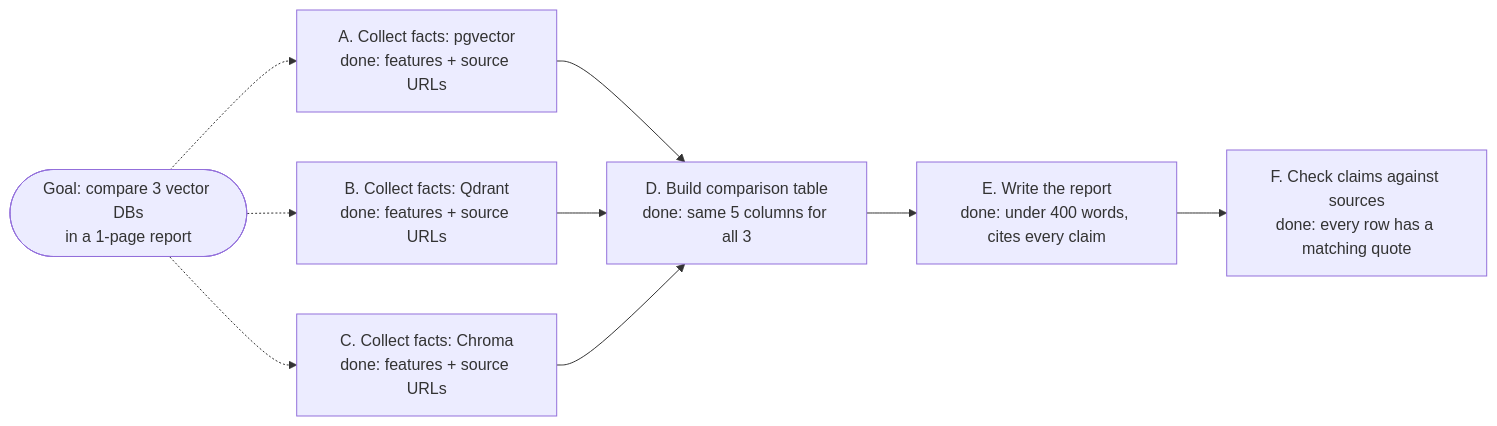
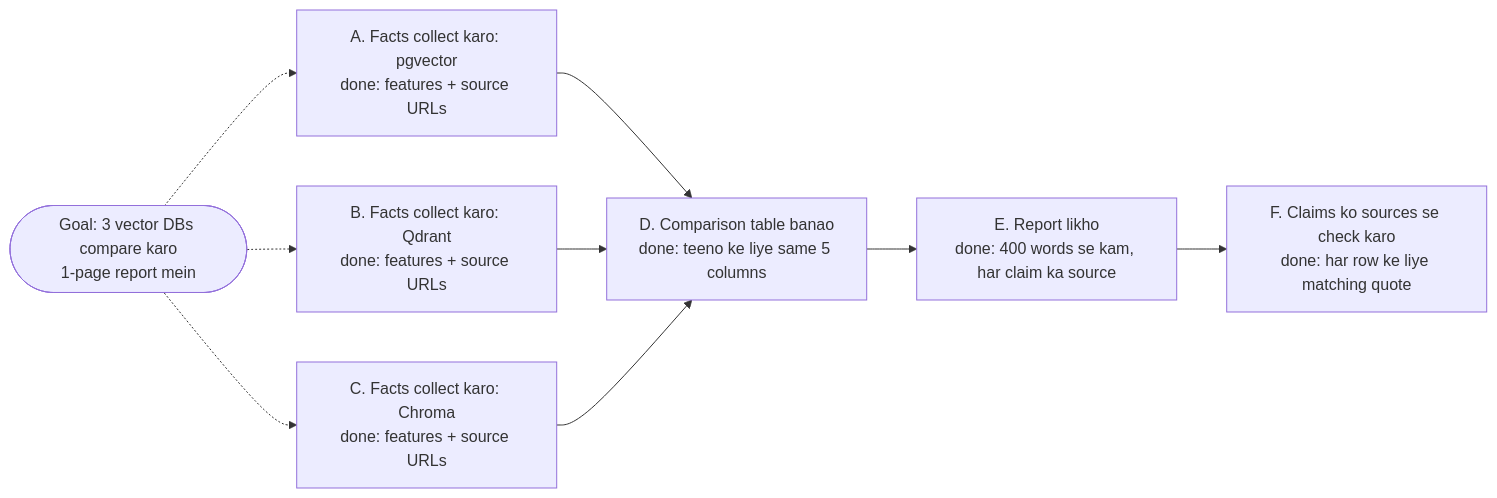
One commit to asmustechno/agentic-ai-notes changed the diagram in docs/07-planning-and-reasoning/07.3-task-decomposition.md. Above: the diagram before and after it, drawn with Mermaid. The commit also changed other lines of this file and 135 other files, not shown here.

````diff
--- a/docs/07-planning-and-reasoning/07.3-task-decomposition.md
+++ b/docs/07-planning-and-reasoning/07.3-task-decomposition.md
@@ -40,10 +42,10 @@
 ```mermaid
 flowchart LR
-    G(["Goal: compare 3 vector DBs<br/>in a 1-page report"]) -.-> A & B & C
-    A["A. Collect facts: pgvector<br/>done: features + source URLs"] --> D
-    B["B. Collect facts: Qdrant<br/>done: features + source URLs"] --> D
-    C["C. Collect facts: Chroma<br/>done: features + source URLs"] --> D
-    D["D. Build comparison table<br/>done: same 5 columns for all 3"] --> E
-    E["E. Write the report<br/>done: under 400 words, cites every claim"] --> F
-    F["F. Check claims against sources<br/>done: every row has a matching quote"]
+    G(["Goal: 3 vector DBs compare karo<br/>1-page report mein"]) -.-> A & B & C
+    A["A. Facts collect karo: pgvector<br/>done: features + source URLs"] --> D
+    B["B. Facts collect karo: Qdrant<br/>done: features + source URLs"] --> D
+    C["C. Facts collect karo: Chroma<br/>done: features + source URLs"] --> D
+    D["D. Comparison table banao<br/>done: teeno ke liye same 5 columns"] --> E
+    E["E. Report likho<br/>done: 400 words se kam, har claim ka source"] --> F
+    F["F. Claims ko sources se check karo<br/>done: har row ke liye matching quote"]
 ```
````
